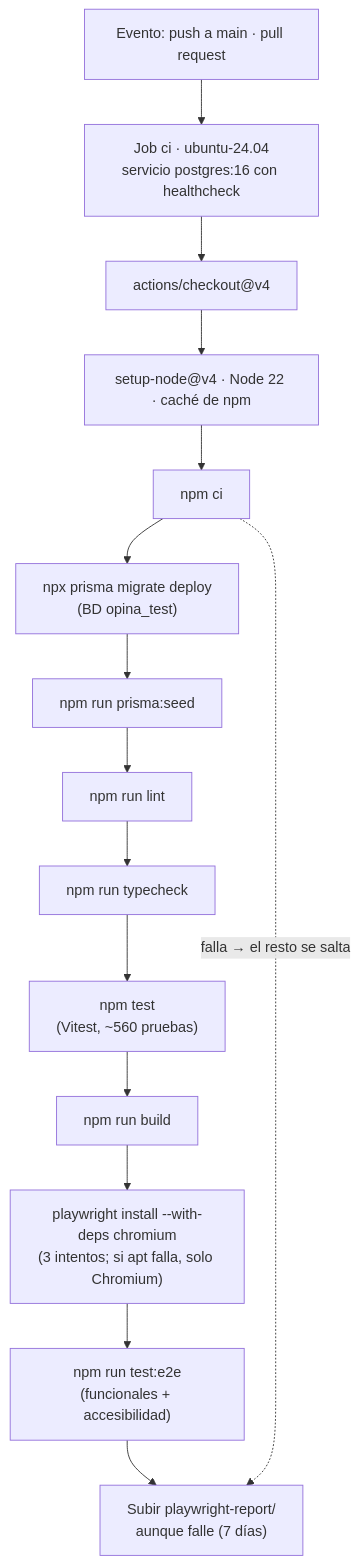
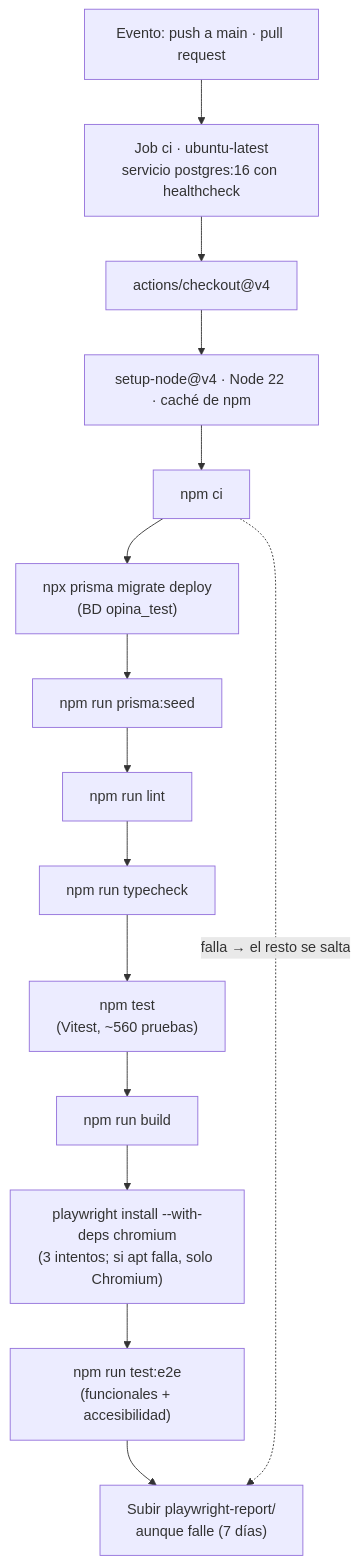
The second of 2 diagrams in docs/12-ci-cd.md (Morius2100/ai4devs-finalproject--JRG-), drawn with Mermaid before and after one commit. The commit also changed other lines of this file and 1 other file, not shown here.

First line of the commit message:
fix(ci): volver el job ci a ubuntu-latest; ubuntu-24.04 rompe next build (T10)

````diff
--- a/docs/12-ci-cd.md
+++ b/docs/12-ci-cd.md
@@ -79,17 +79,17 @@
 ```mermaid
 flowchart TB
-    S["Evento: push a main · pull request"] --> J["Job ci · ubuntu-24.04<br/>servicio postgres:16 con healthcheck"]
+    S["Evento: push a main · pull request"] --> J["Job ci · ubuntu-latest<br/>servicio postgres:16 con healthcheck"]
     J --> A["actions/checkout@v4"]
     A --> B["setup-node@v4 · Node 22 · caché de npm"]
     B --> C["npm ci"]
     C --> D["npx prisma migrate deploy<br/>(BD opina_test)"]
     D --> E["npm run prisma:seed"]
     E --> F["npm run lint"]
     F --> G["npm run typecheck"]
     G --> H["npm test<br/>(Vitest, ~560 pruebas)"]
     H --> I["npm run build"]
     I --> K["playwright install --with-deps chromium<br/>(3 intentos; si apt falla, solo Chromium)"]
     K --> L["npm run test:e2e<br/>(funcionales + accesibilidad)"]
     L --> M["Subir playwright-report/<br/>aunque falle (7 días)"]
     C -. "falla → el resto se salta" .-> M
 ```
````
